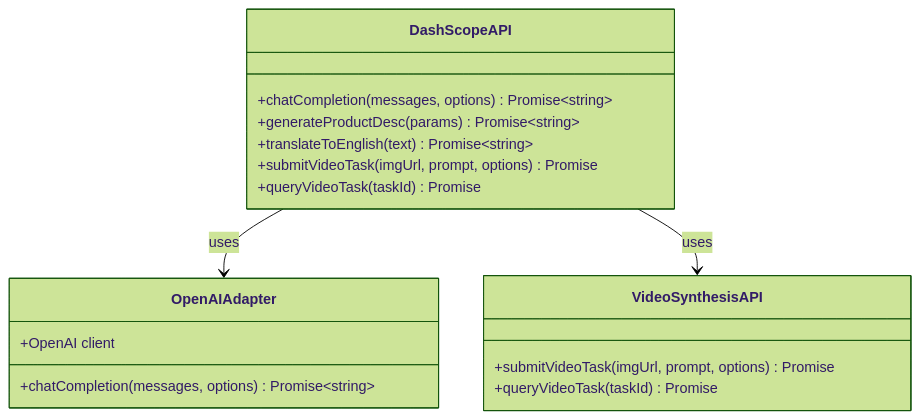
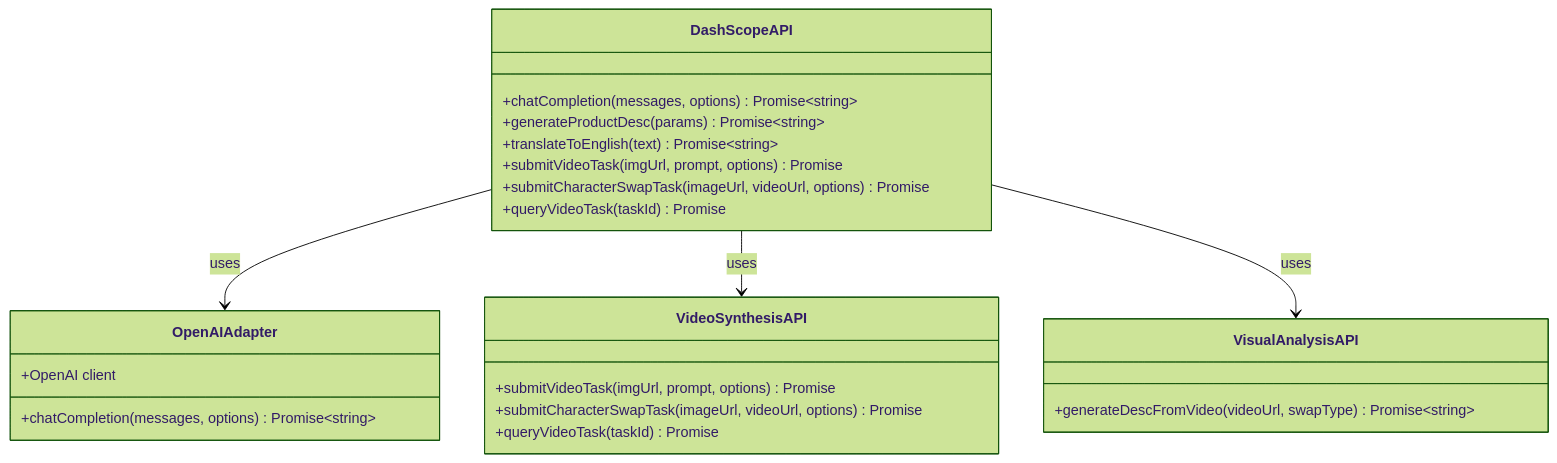
One commit to zuozuoliu740-cmd/xianxiong-news changed the third of 9 diagrams in .qoder/repowiki/zh/content/Video Generation Pipeline.md. Above: the diagram before and after it, drawn with Mermaid (forest theme). The commit also changed other lines of this file and 4 other files, not shown here.

````diff
--- a/.qoder/repowiki/zh/content/Video Generation Pipeline.md
+++ b/.qoder/repowiki/zh/content/Video Generation Pipeline.md
@@ -129,20 +147,26 @@
 ```mermaid
 classDiagram
 class DashScopeAPI {
 +chatCompletion(messages, options) Promise~string~
 +generateProductDesc(params) Promise~string~
 +translateToEnglish(text) Promise~string~
 +submitVideoTask(imgUrl, prompt, options) Promise
++submitCharacterSwapTask(imageUrl, videoUrl, options) Promise
 +queryVideoTask(taskId) Promise
 }
 class OpenAIAdapter {
 +OpenAI client
 +chatCompletion(messages, options) Promise~string~
 }
 class VideoSynthesisAPI {
 +submitVideoTask(imgUrl, prompt, options) Promise
++submitCharacterSwapTask(imageUrl, videoUrl, options) Promise
 +queryVideoTask(taskId) Promise
+}
+class VisualAnalysisAPI {
++generateDescFromVideo(videoUrl, swapType) Promise~string~
 }
 DashScopeAPI --> OpenAIAdapter : uses
 DashScopeAPI --> VideoSynthesisAPI : uses
+DashScopeAPI --> VisualAnalysisAPI : uses
 ```
````
